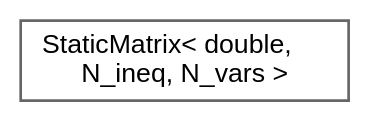
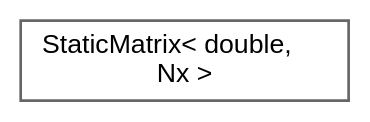
One commit to jswoo0615/Algorithms_for_Optimization_cpp changed the diagram in inherit_graph_94.dot. Above: the diagram before and after it, drawn with Graphviz. The commit also changed 121 other files, not shown here.

```diff
--- a/inherit_graph_94.dot
+++ b/inherit_graph_94.dot
@@ -1,9 +1,9 @@
 digraph "Graphical Class Hierarchy"
 {
  // LATEX_PDF_SIZE
   bgcolor="transparent";
   edge [fontname=Helvetica,fontsize=10,labelfontname=Helvetica,labelfontsize=10];
   node [fontname=Helvetica,fontsize=10,shape=box,height=0.2,width=0.4];
   rankdir="LR";
-  Node0 [id="Node000000",label="StaticMatrix\< double,\l N_ineq, N_vars \>",height=0.2,width=0.4,color="grey40", fillcolor="white", style="filled",URL="$classStaticMatrix.html",tooltip=" "];
+  Node0 [id="Node000000",label="StaticMatrix\< double,\l Nx \>",height=0.2,width=0.4,color="grey40", fillcolor="white", style="filled",URL="$classStaticMatrix.html",tooltip=" "];
 }
```
